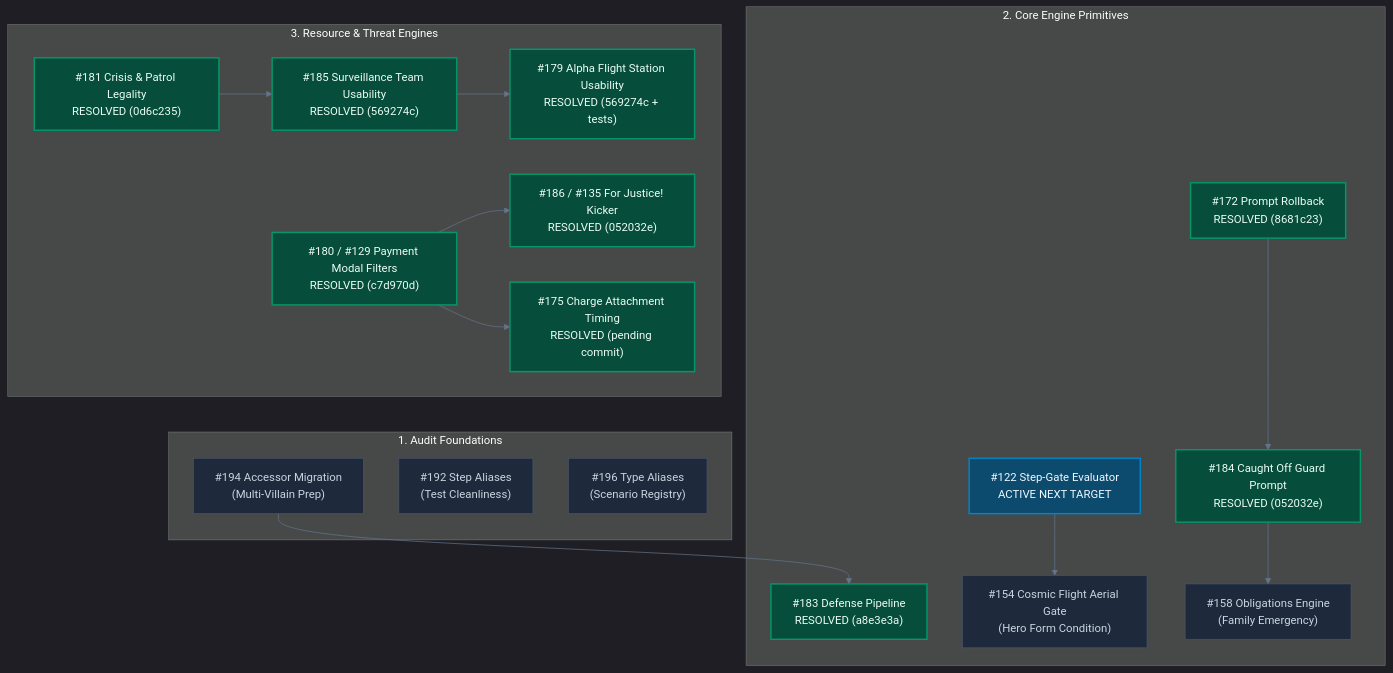
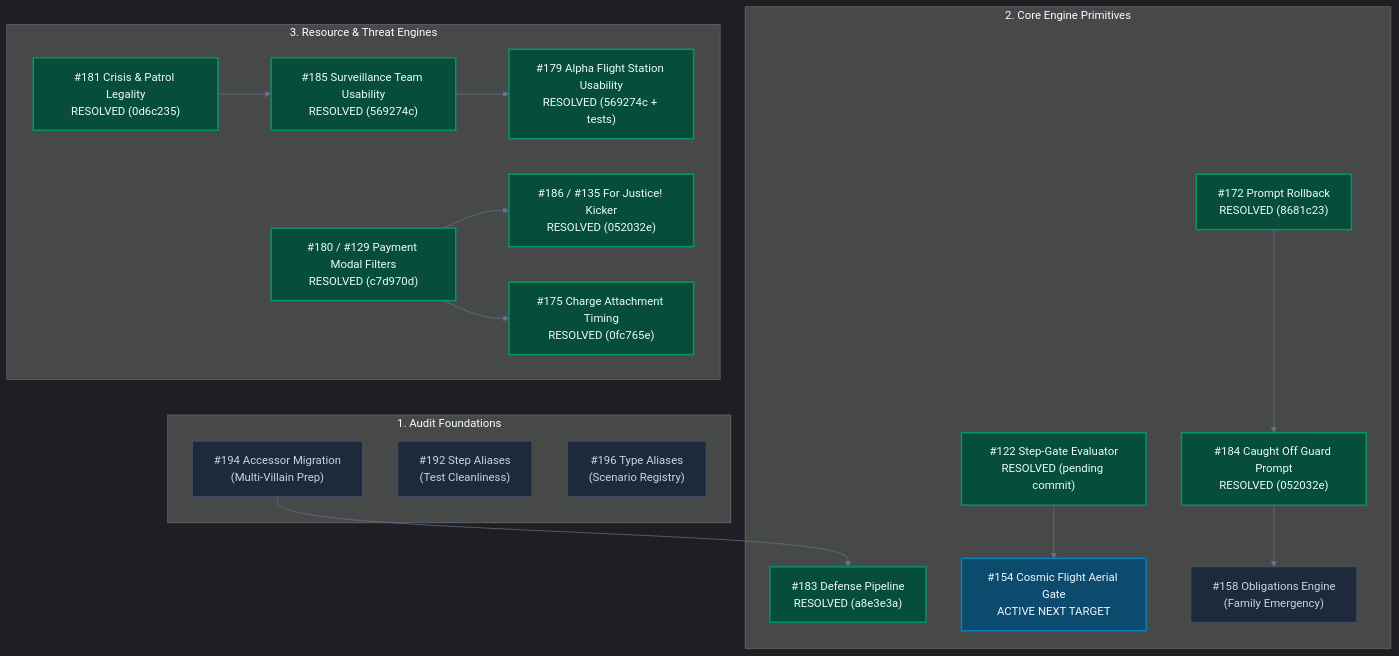
The diagram in docs/backlog/teamwork_status_and_next_target.md (SteveRodrigue/MCD), drawn with Mermaid before and after one commit. The commit also changed other lines of this file and 8 other files, not shown here.

First line of the commit message:
refactor(engine): Extract shared step-gate evaluator (Fixes #122)

````diff
--- a/docs/backlog/teamwork_status_and_next_target.md
+++ b/docs/backlog/teamwork_status_and_next_target.md
@@ -23,46 +23,46 @@
 ```mermaid
 %%{init: {'theme': 'dark', 'themeVariables': { 'darkMode': true, 'background': '#0b0f19', 'primaryColor': '#1e293b', 'primaryTextColor': '#f8fafc', 'primaryBorderColor': '#475569', 'lineColor': '#64748b', 'secondaryColor': '#0f172a', 'tertiaryColor': '#1e293b' }}}%%
 flowchart TD
     subgraph AuditFoundations["1. Audit Foundations"]
         I194["#194 Accessor Migration<br/>(Multi-Villain Prep)"]
         I192["#192 Step Aliases<br/>(Test Cleanliness)"]
         I196["#196 Type Aliases<br/>(Scenario Registry)"]
     end
 
     subgraph CoreEngine["2. Core Engine Primitives"]
         I183["#183 Defense Pipeline<br/>RESOLVED (a8e3e3a)"]
         I172["#172 Prompt Rollback<br/>RESOLVED (8681c23)"]
         I184["#184 Caught Off Guard Prompt<br/>RESOLVED (052032e)"]
-        I122["#122 Step-Gate Evaluator<br/>ACTIVE NEXT TARGET"]
-        I154["#154 Cosmic Flight Aerial Gate<br/>(Hero Form Condition)"]
+        I122["#122 Step-Gate Evaluator<br/>RESOLVED (pending commit)"]
+        I154["#154 Cosmic Flight Aerial Gate<br/>ACTIVE NEXT TARGET"]
         I158["#158 Obligations Engine<br/>(Family Emergency)"]
     end
 
     subgraph ResourceThreat["3. Resource & Threat Engines"]
         I181["#181 Crisis & Patrol Legality<br/>RESOLVED (0d6c235)"]
         I186["#186 / #135 For Justice! Kicker<br/>RESOLVED (052032e)"]
         I180["#180 / #129 Payment Modal Filters<br/>RESOLVED (c7d970d)"]
         I185["#185 Surveillance Team Usability<br/>RESOLVED (569274c)"]
         I179["#179 Alpha Flight Station Usability<br/>RESOLVED (569274c + tests)"]
-        I175["#175 Charge Attachment Timing<br/>RESOLVED (pending commit)"]
+        I175["#175 Charge Attachment Timing<br/>RESOLVED (0fc765e)"]
     end
 
     %% Dependencies & Flows
     I194 --> I183
     I172 --> I184
     I184 --> I158
     I122 --> I154
     I181 --> I185
     I185 --> I179
     I180 --> I186
     I180 --> I175
 
     %% Dark Mode Styles
     classDef resolved fill:#064e3b,stroke:#059669,stroke-width:2px,color:#ecfdf5;
     classDef active fill:#0c4a6e,stroke:#0284c7,stroke-width:2px,color:#f0f9ff;
     classDef open fill:#1e293b,stroke:#475569,stroke-width:1px,color:#cbd5e1;
 
-    class I183,I172,I184,I181,I186,I185,I179,I180,I175 resolved;
-    class I122 active;
-    class I194,I192,I196,I154,I158 open;
+    class I183,I172,I184,I181,I186,I185,I179,I180,I175,I122 resolved;
+    class I154 active;
+    class I194,I192,I196,I158 open;
 ```
````
